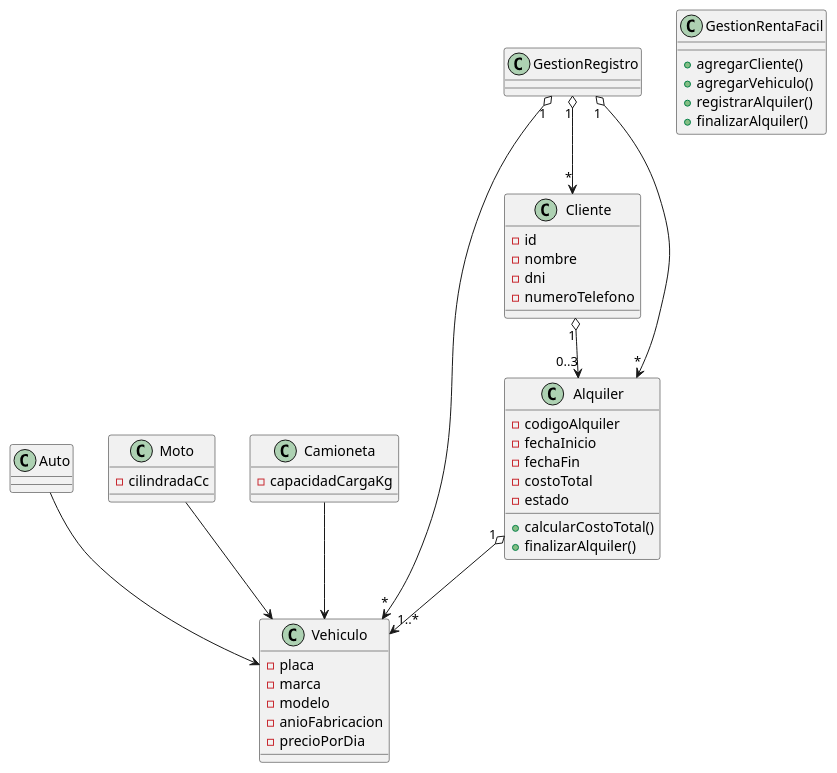
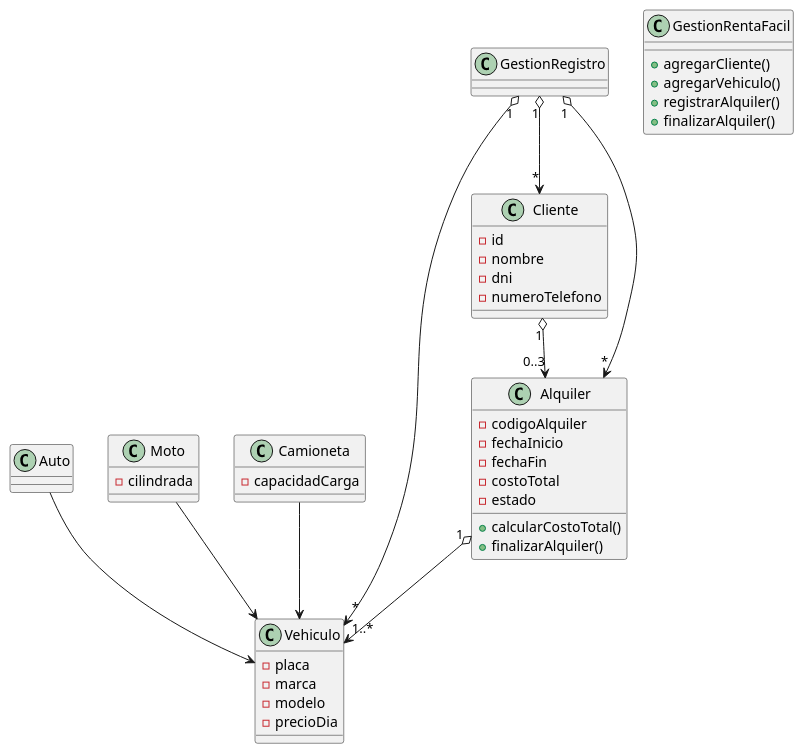
The diagram in rentafacil.puml (adrianceti/3E25110239-Examen-primer-parcial), drawn with PlantUML before and after one commit.

Commit message:
actividad dos

```diff
--- a/rentafacil.puml
+++ b/rentafacil.puml
@@ -1,46 +1,45 @@
 @startuml rentafacil
 class Vehiculo {
     - placa
     - marca
     - modelo
-    - anioFabricacion
-    - precioPorDia
+    - precioDia
 }
 class Auto {
 }
 class Moto {
-    - cilindradaCc
+    - cilindrada
 }
 class Camioneta {
-    - capacidadCargaKg
+    - capacidadCarga
 }
 class Cliente {
     - id
     - nombre
     - dni
     - numeroTelefono
 }
 class Alquiler {
     - codigoAlquiler
     - fechaInicio
     - fechaFin
     - costoTotal
     - estado
     + calcularCostoTotal()
     + finalizarAlquiler()
 }
 class GestionRentaFacil {
     + agregarCliente()
     + agregarVehiculo()
     + registrarAlquiler()
     + finalizarAlquiler()
 }
 Auto --> Vehiculo
 Moto --> Vehiculo
 Camioneta --> Vehiculo
 Cliente "1" o--> "0..3" Alquiler
 Alquiler "1" o--> "1..*" Vehiculo
 GestionRegistro "1" o--> "*" Cliente
 GestionRegistro "1" o--> "*" Vehiculo
 GestionRegistro "1" o--> "*" Alquiler
 @enduml
```
